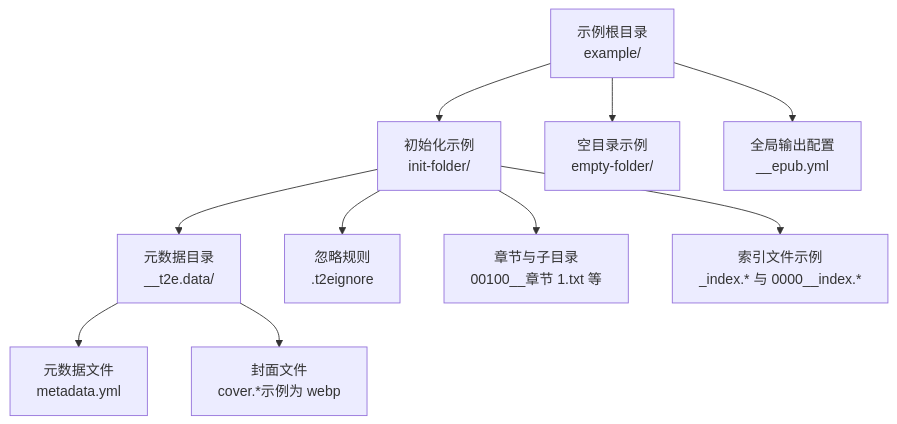
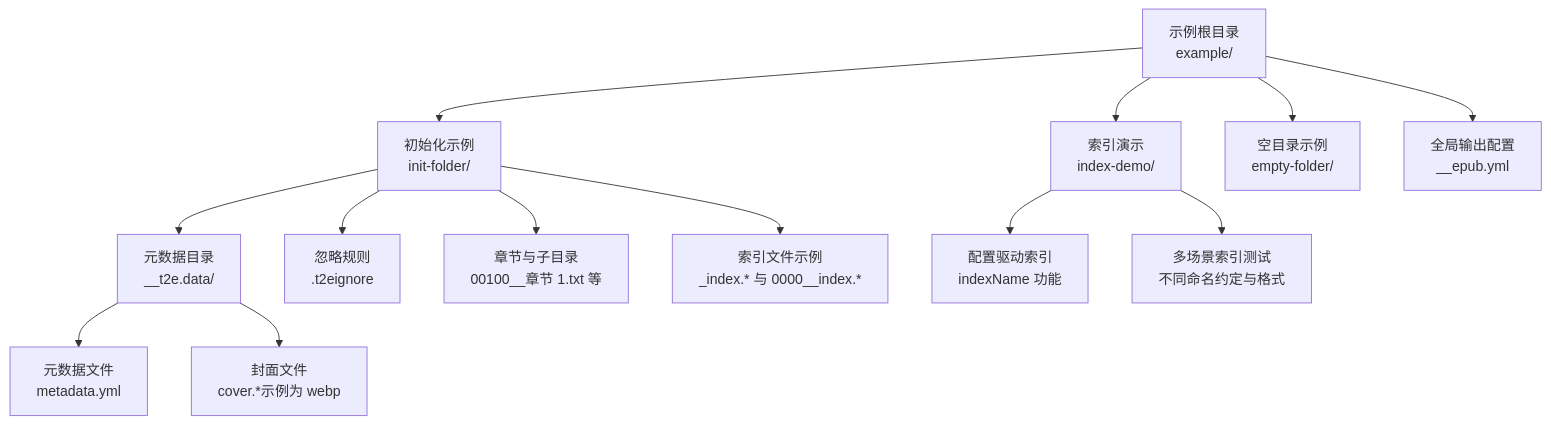
The first of 9 diagrams in .qoder/repowiki/zh/content/示例与最佳实践.md (someok/vscode-folder2epub), drawn with Mermaid before and after one commit. The commit also changed other lines of this file and 4 other files, not shown here.

````diff
--- a/.qoder/repowiki/zh/content/示例与最佳实践.md
+++ b/.qoder/repowiki/zh/content/示例与最佳实践.md
@@ -61,12 +77,15 @@
 ```mermaid
 graph TB
 A["示例根目录<br/>example/"] --> B["初始化示例<br/>init-folder/"]
-A --> C["空目录示例<br/>empty-folder/"]
-B --> D["元数据目录<br/>__t2e.data/"]
-D --> E["元数据文件<br/>metadata.yml"]
-D --> F["封面文件<br/>cover.*示例为 webp"]
-B --> G["忽略规则<br/>.t2eignore"]
-B --> H["章节与子目录<br/>00100__章节 1.txt 等"]
-B --> I["索引文件示例<br/>_index.* 与 0000__index.*"]
-A --> J["全局输出配置<br/>__epub.yml"]
+A --> C["索引演示<br/>index-demo/"]
+A --> D["空目录示例<br/>empty-folder/"]
+B --> E["元数据目录<br/>__t2e.data/"]
+C --> F["配置驱动索引<br/>indexName 功能"]
+E --> G["元数据文件<br/>metadata.yml"]
+E --> H["封面文件<br/>cover.*示例为 webp"]
+B --> I["忽略规则<br/>.t2eignore"]
+B --> J["章节与子目录<br/>00100__章节 1.txt 等"]
+B --> K["索引文件示例<br/>_index.* 与 0000__index.*"]
+C --> L["多场景索引测试<br/>不同命名约定与格式"]
+A --> M["全局输出配置<br/>__epub.yml"]
 ```
````
